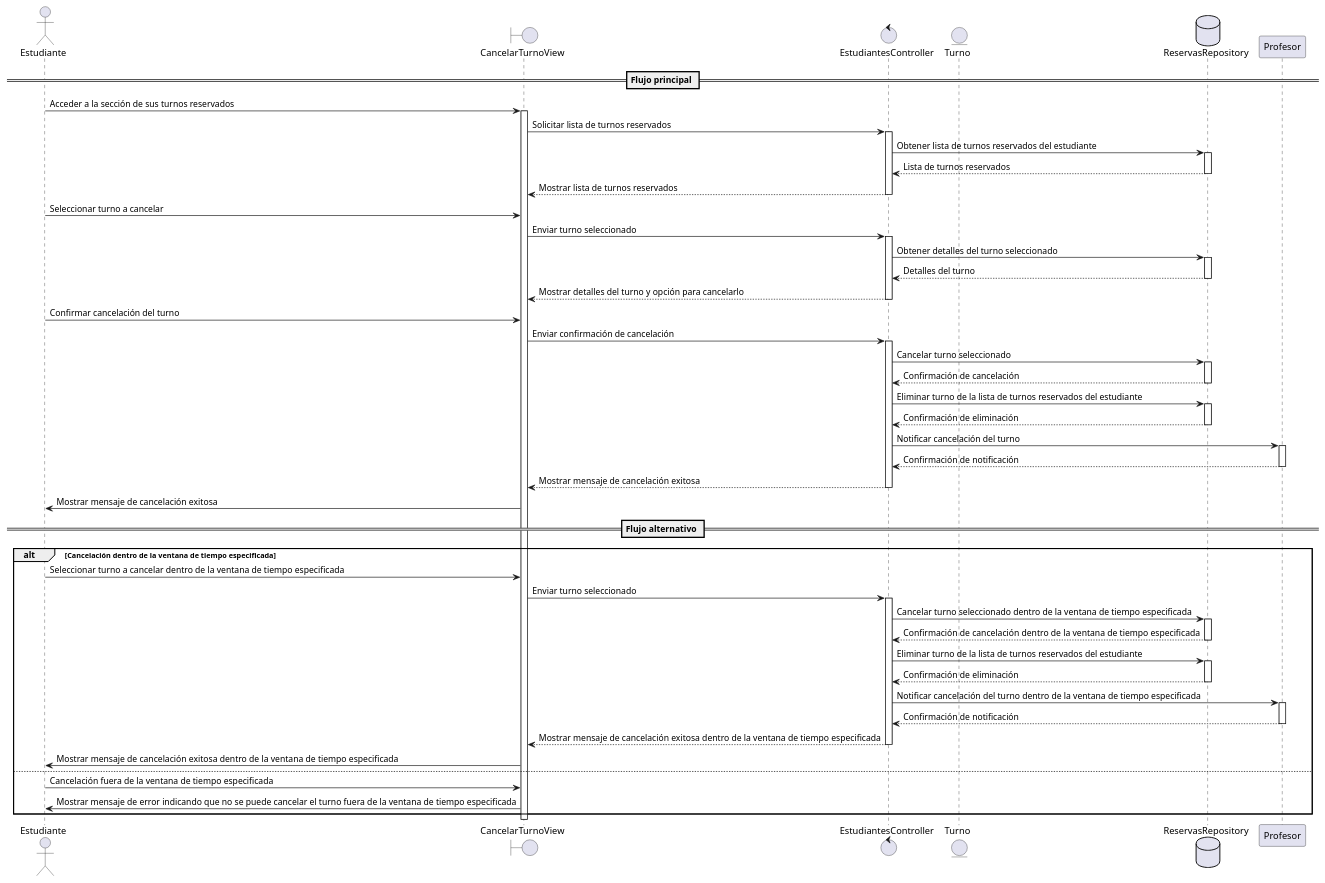
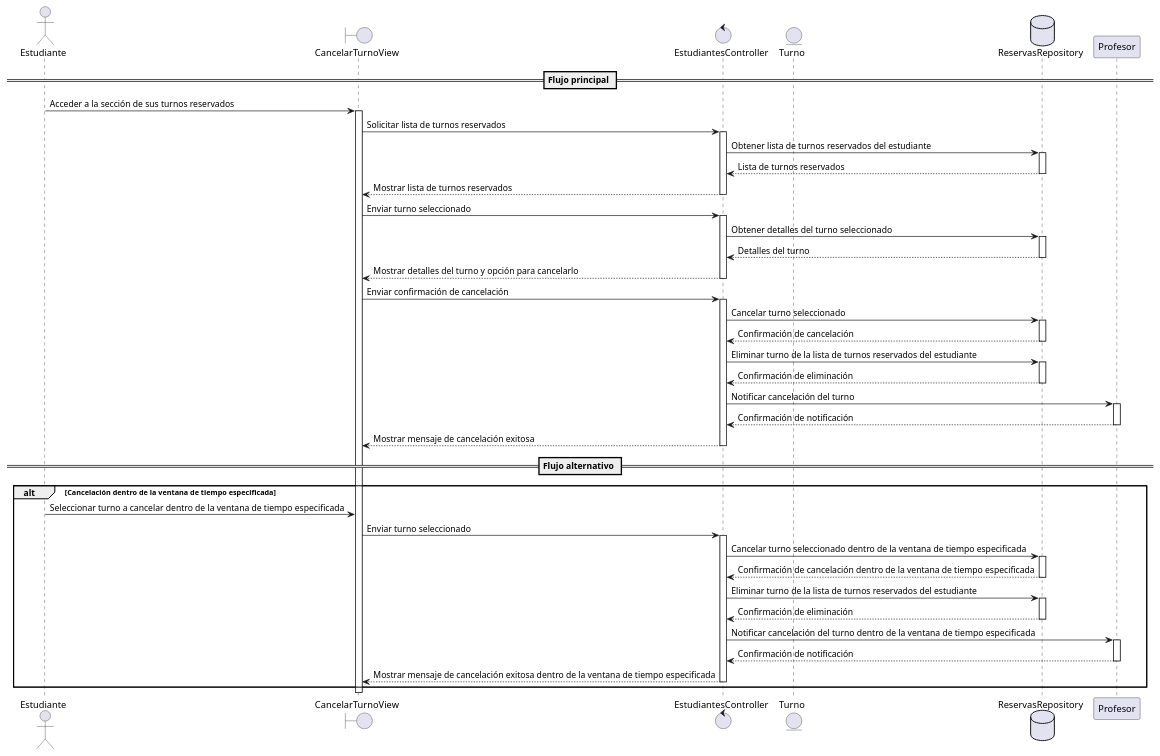
The diagram in CASOS DE USO/ESTUDIANTE/CU-0006/DSEC-0006.puml (ZavSan95/EduMatch), drawn with PlantUML before and after one commit. The commit also changed 56 other files, not shown here.

Commit message:
Actualizacion diagramas de secuencia

```diff
--- a/CASOS DE USO/ESTUDIANTE/CU-0006/DSEC-0006.puml
+++ b/CASOS DE USO/ESTUDIANTE/CU-0006/DSEC-0006.puml
@@ -1,73 +1,66 @@
 @startuml
 actor Estudiante
 boundary "CancelarTurnoView" as View
 control "EstudiantesController" as Controller
 entity "Turno" as Turno
 database "ReservasRepository" as Repository
 participant Profesor
 
 == Flujo principal ==
 Estudiante -> View : Acceder a la sección de sus turnos reservados
 activate View
 View -> Controller : Solicitar lista de turnos reservados
 activate Controller
 Controller -> Repository : Obtener lista de turnos reservados del estudiante
 activate Repository
 Repository --> Controller : Lista de turnos reservados
 deactivate Repository
 Controller --> View : Mostrar lista de turnos reservados
 deactivate Controller
-Estudiante -> View : Seleccionar turno a cancelar
 View -> Controller : Enviar turno seleccionado
 activate Controller
 Controller -> Repository : Obtener detalles del turno seleccionado
 activate Repository
 Repository --> Controller : Detalles del turno
 deactivate Repository
 Controller --> View : Mostrar detalles del turno y opción para cancelarlo
 deactivate Controller
-Estudiante -> View : Confirmar cancelación del turno
 View -> Controller : Enviar confirmación de cancelación
 activate Controller
 Controller -> Repository : Cancelar turno seleccionado
 activate Repository
 Repository --> Controller : Confirmación de cancelación
 deactivate Repository
 Controller -> Repository : Eliminar turno de la lista de turnos reservados del estudiante
 activate Repository
 Repository --> Controller : Confirmación de eliminación
 deactivate Repository
 Controller -> Profesor : Notificar cancelación del turno
 activate Profesor
 Profesor --> Controller : Confirmación de notificación
 deactivate Profesor
 Controller --> View : Mostrar mensaje de cancelación exitosa
 deactivate Controller
-View -> Estudiante : Mostrar mensaje de cancelación exitosa
 
 == Flujo alternativo ==
 alt Cancelación dentro de la ventana de tiempo especificada
     Estudiante -> View : Seleccionar turno a cancelar dentro de la ventana de tiempo especificada
     View -> Controller : Enviar turno seleccionado
     activate Controller
     Controller -> Repository : Cancelar turno seleccionado dentro de la ventana de tiempo especificada
     activate Repository
     Repository --> Controller : Confirmación de cancelación dentro de la ventana de tiempo especificada
     deactivate Repository
     Controller -> Repository : Eliminar turno de la lista de turnos reservados del estudiante
     activate Repository
     Repository --> Controller : Confirmación de eliminación
     deactivate Repository
     Controller -> Profesor : Notificar cancelación del turno dentro de la ventana de tiempo especificada
     activate Profesor
     Profesor --> Controller : Confirmación de notificación
     deactivate Profesor
     Controller --> View : Mostrar mensaje de cancelación exitosa dentro de la ventana de tiempo especificada
     deactivate Controller
-    View -> Estudiante : Mostrar mensaje de cancelación exitosa dentro de la ventana de tiempo especificada
-else
-    Estudiante -> View : Cancelación fuera de la ventana de tiempo especificada
-    View -> Estudiante : Mostrar mensaje de error indicando que no se puede cancelar el turno fuera de la ventana de tiempo especificada
 end
 
 @enduml
```
